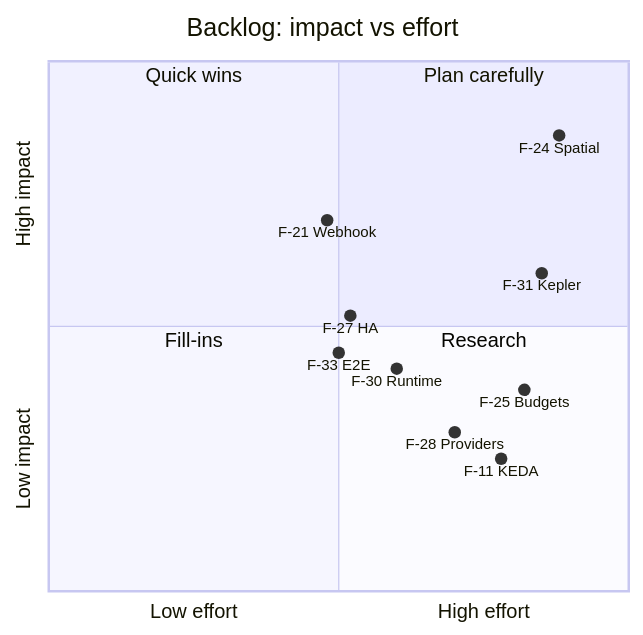
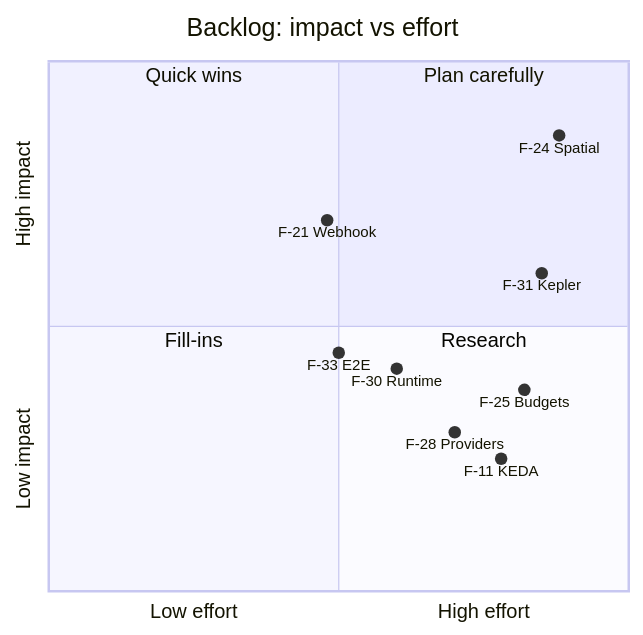
The second of 3 diagrams in docs/FEATURES.md (mahmudul-islam32/carbon-aware-k8s-scheduler), drawn with Mermaid before and after one commit. The commit also changed other lines of this file and 18 other files, not shown here.

````diff
--- a/docs/FEATURES.md
+++ b/docs/FEATURES.md
@@ -714,19 +760,18 @@
 ```mermaid
 quadrantChart
     title Backlog: impact vs effort
     x-axis Low effort --> High effort
     y-axis Low impact --> High impact
     quadrant-1 Plan carefully
     quadrant-2 Quick wins
     quadrant-3 Fill-ins
     quadrant-4 Research
     F-21 Webhook: [0.48, 0.70]
-    F-27 HA: [0.52, 0.52]
     F-33 E2E: [0.50, 0.45]
     F-24 Spatial: [0.88, 0.86]
     F-25 Budgets: [0.82, 0.38]
     F-28 Providers: [0.70, 0.30]
     F-30 Runtime: [0.60, 0.42]
     F-31 Kepler: [0.85, 0.60]
     F-11 KEDA: [0.78, 0.25]
 ```
````
